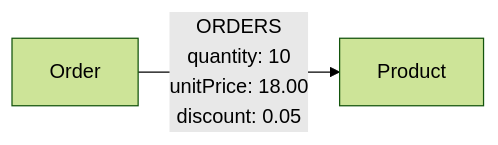
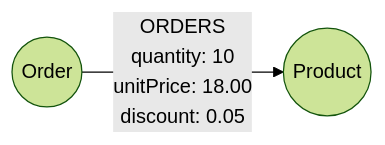
Before and after one commit to neo4j-graphacademy/courses: the first of 2 diagrams in asciidoc/courses/workshop-importing/modules/2-data-modeling/lessons/5-properties/lesson.adoc, drawn with Mermaid (forest theme). The commit also changed other lines of this file and 15 other files, not shown here.

````diff
--- a/asciidoc/courses/workshop-importing/modules/2-data-modeling/lessons/5-properties/lesson.adoc
+++ b/asciidoc/courses/workshop-importing/modules/2-data-modeling/lessons/5-properties/lesson.adoc
@@ -133,4 +133,4 @@
 ```mermaid
 graph LR
-    A[Order] -->|"ORDERS<br/>quantity: 10<br/>unitPrice: 18.00<br/>discount: 0.05"| B[Product]
+    A((Order)) -->|"ORDERS<br/>quantity: 10<br/>unitPrice: 18.00<br/>discount: 0.05"| B((Product))
 ```
````
